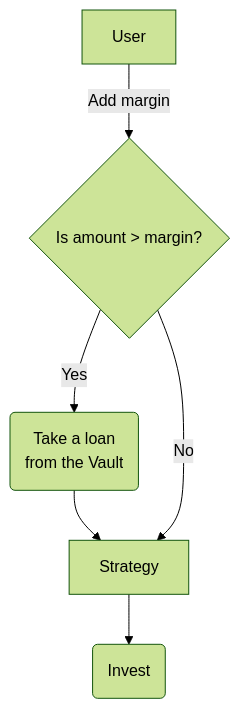
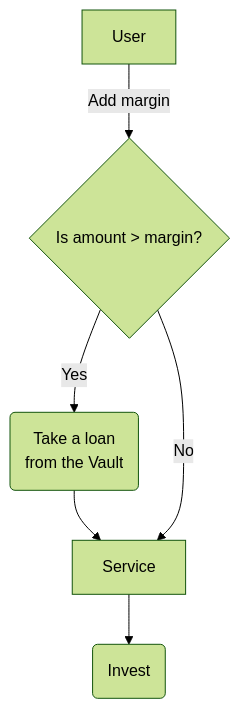
The first of 2 diagrams in docs/protocol-overview/borrowing.md (Ithil-protocol/docs), drawn with Mermaid (forest theme) before and after one commit. The commit also changed other lines of this file and 18 other files, not shown here.

````diff
--- a/docs/protocol-overview/borrowing.md
+++ b/docs/protocol-overview/borrowing.md
@@ -24,8 +23,8 @@
 ```mermaid
 graph TD
     A[User] -->|Add margin| B{Is amount > margin?}
     B -->|Yes| C(Take a loan<br> from the Vault)
     C --> D(Invest)
-    B -->|No| D[Strategy]
+    B -->|No| D[Service]
     D --> E(Invest)
 ```
````
